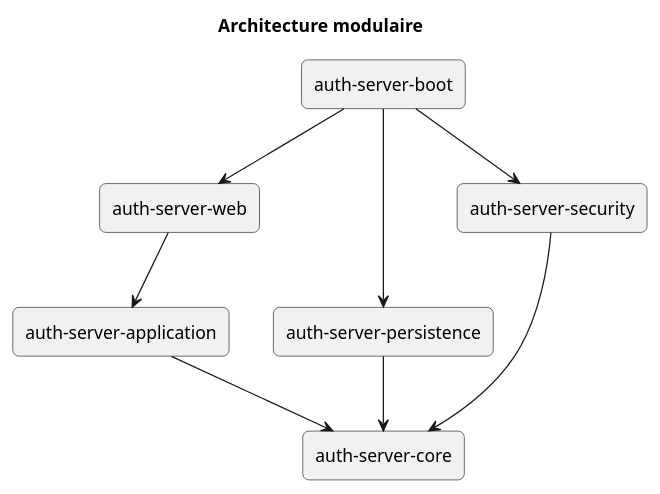
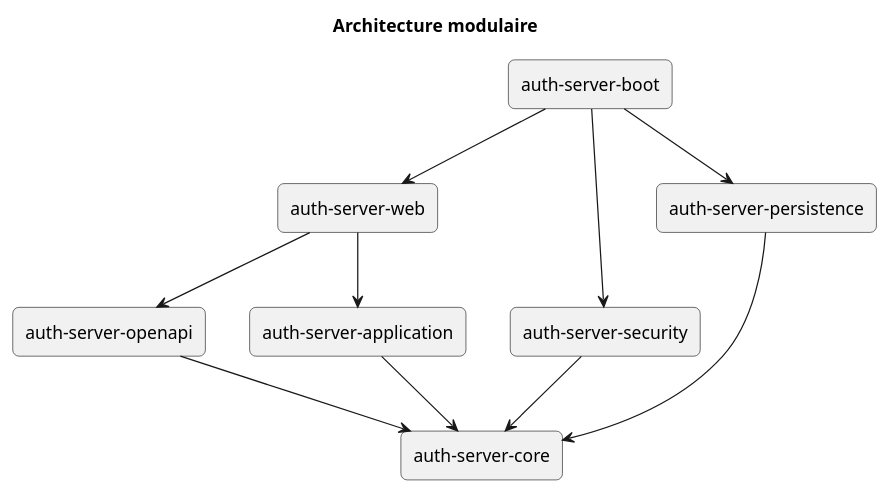
One commit to ThibaultCGI/auth-server changed the diagram in docs/diagrams/hexagonal/project-modules.puml. Above: the diagram before and after it, drawn with PlantUML. The commit also changed 136 other files, not shown here.

```diff
--- a/docs/diagrams/hexagonal/project-modules.puml
+++ b/docs/diagrams/hexagonal/project-modules.puml
@@ -1,27 +1,32 @@
 @startuml
 title Architecture modulaire
 
 skinparam shadowing false
 skinparam roundcorner 10
 
-rectangle "auth-server-core" as core
-
-rectangle "auth-server-application" as application
-rectangle "auth-server-web" as web
-
-rectangle "auth-server-persistence" as persistence
-rectangle "auth-server-security" as security
+top to bottom direction
 
 rectangle "auth-server-boot" as boot
 
-web --> application
-application --> core
+rectangle "auth-server-web" as web
+rectangle "auth-server-openapi" as openapi
+rectangle "auth-server-security" as security
+rectangle "auth-server-persistence" as persistence
 
-persistence --> core
-security --> core
+rectangle "auth-server-application" as application
+
+rectangle "auth-server-core" as core
 
 boot --> web
+boot --> security
 boot --> persistence
-boot --> security
+
+web --> application
+web --> openapi
+
+application --> core
+openapi --> core
+security --> core
+persistence --> core
 
 @enduml
```
